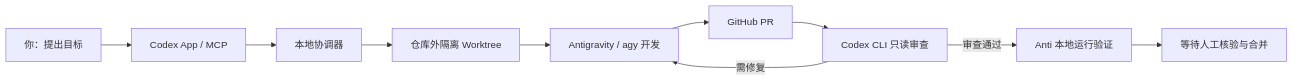
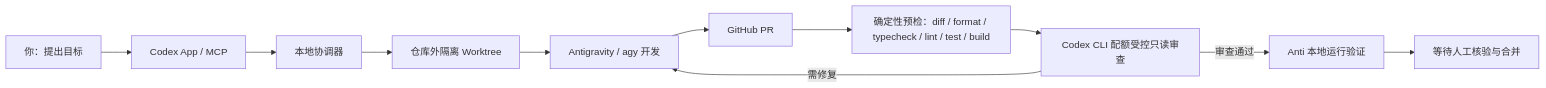
The diagram in README.zh-CN.md (echoleesong/codex-anti-orchestrator), drawn with Mermaid before and after one commit. The commit also changed other lines of this file and 12 other files, not shown here.

````diff
--- a/README.zh-CN.md
+++ b/README.zh-CN.md
@@ -11,12 +11,13 @@
 ```mermaid
 flowchart LR
     U[你：提出目标] --> C[Codex App / MCP]
     C --> O[本地协调器]
     O --> W[仓库外隔离 Worktree]
     W --> A[Antigravity / agy 开发]
     A --> P[GitHub PR]
-    P --> R[Codex CLI 只读审查]
+    P --> Q[确定性预检：diff / format / typecheck / lint / test / build]
+    Q --> R[Codex CLI 配额受控只读审查]
     R -->|需修复| A
     R -->|审查通过| V[Anti 本地运行验证]
     V --> H[等待人工核验与合并]
 ```
````
